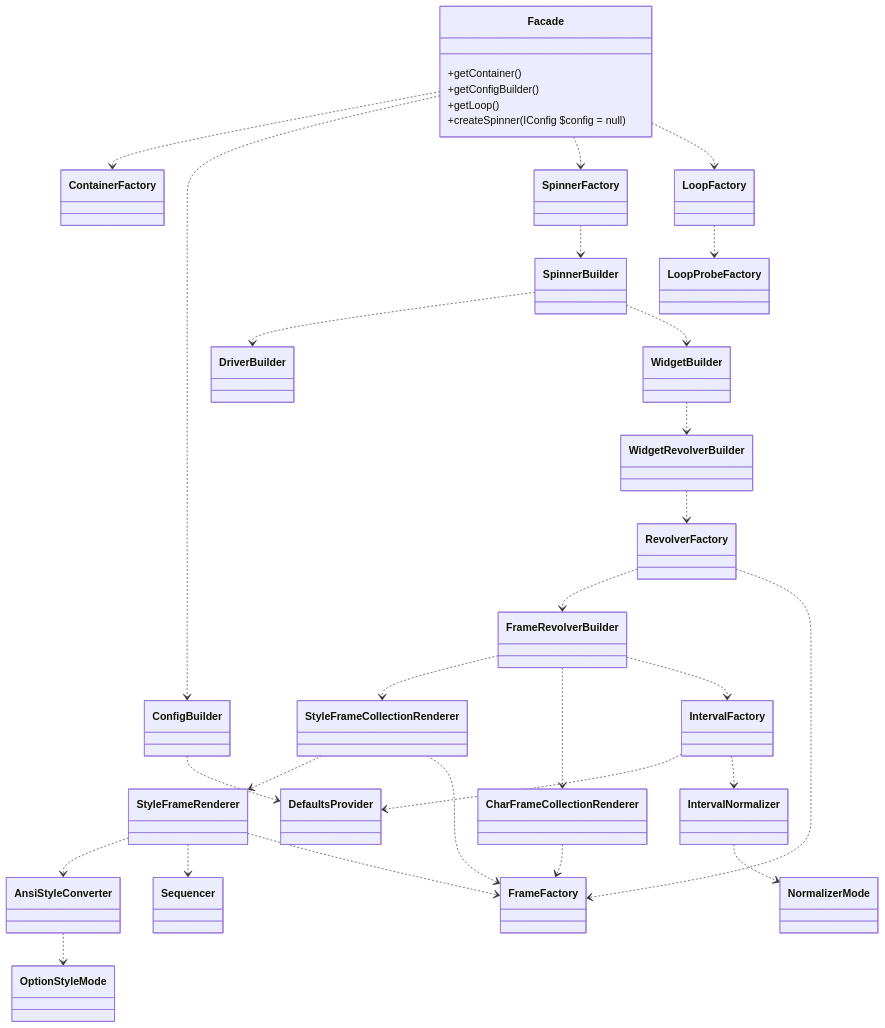
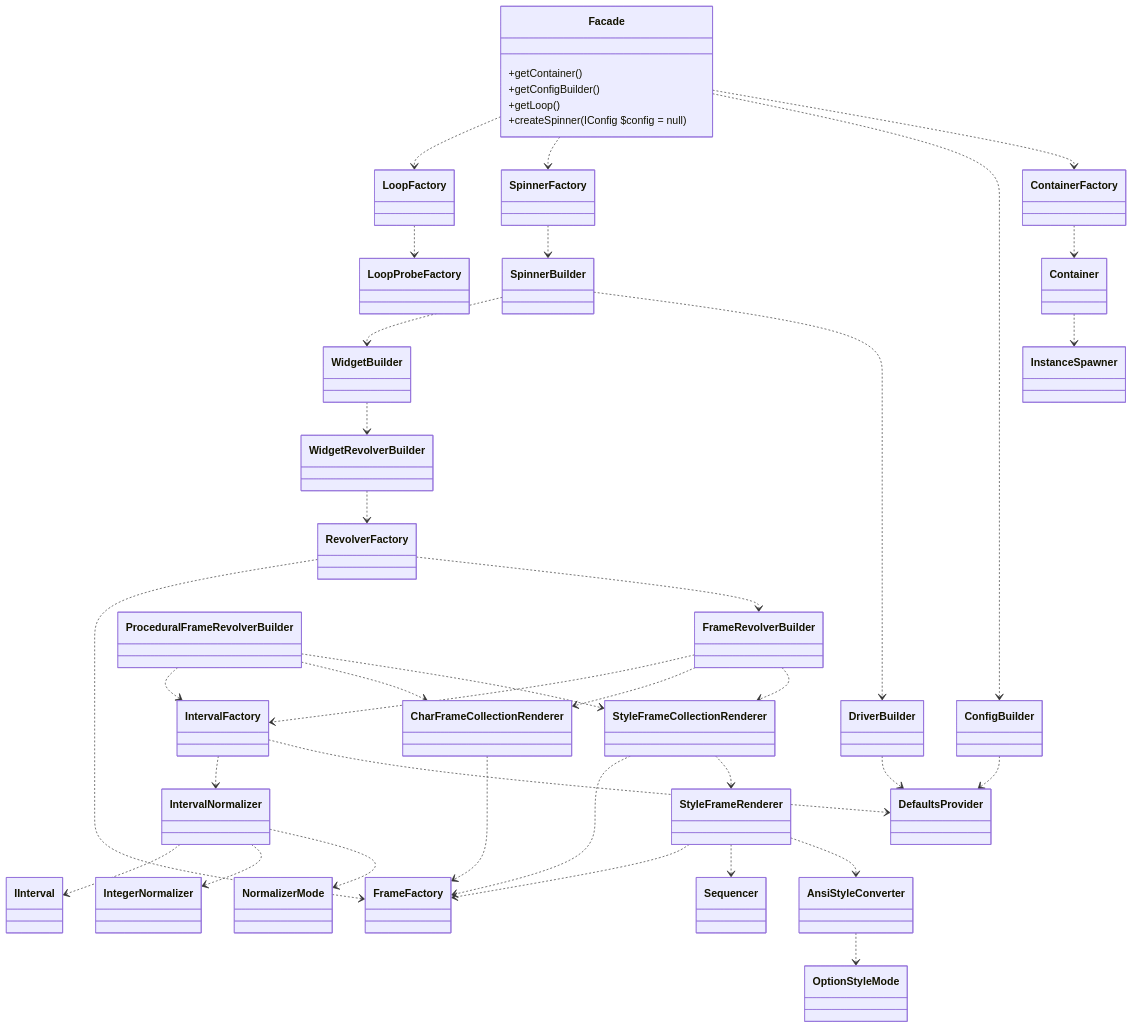
The diagram in doc/info/hierarchy/services.md (alecrabbit/php-console-spinner), drawn with Mermaid before and after one commit. The commit also changed 4 other files, not shown here.

````diff
--- a/doc/info/hierarchy/services.md
+++ b/doc/info/hierarchy/services.md
@@ -3,53 +3,64 @@
 ```mermaid
 classDiagram
     direction TB
     Facade ..> ContainerFactory
     Facade ..> ConfigBuilder
     Facade ..> SpinnerFactory
     Facade ..> LoopFactory
+    
+    ContainerFactory ..> Container
+    Container ..> InstanceSpawner
     
     class Facade {
         +getContainer()
         +getConfigBuilder()
         +getLoop()
         +createSpinner(IConfig $config = null)
     }
     
     SpinnerFactory ..> SpinnerBuilder
 
     ConfigBuilder ..> DefaultsProvider
 
     LoopFactory ..> LoopProbeFactory
     
     SpinnerBuilder ..> DriverBuilder
     SpinnerBuilder ..> WidgetBuilder
     
+    DriverBuilder ..> DefaultsProvider
+    
     WidgetBuilder ..> WidgetRevolverBuilder
     
     WidgetRevolverBuilder ..> RevolverFactory
     
     RevolverFactory ..> FrameRevolverBuilder
     RevolverFactory ..> FrameFactory
     
     FrameRevolverBuilder ..> StyleFrameCollectionRenderer
     FrameRevolverBuilder ..> CharFrameCollectionRenderer
     FrameRevolverBuilder ..> IntervalFactory
     
     IntervalFactory ..> DefaultsProvider
     IntervalFactory ..> IntervalNormalizer
     
     IntervalNormalizer ..> NormalizerMode
+    IntervalNormalizer ..> IntegerNormalizer
+    IntervalNormalizer ..> IInterval
     
     StyleFrameCollectionRenderer ..> StyleFrameRenderer
     StyleFrameCollectionRenderer ..> FrameFactory
     
     CharFrameCollectionRenderer ..> FrameFactory
     
     StyleFrameRenderer ..> AnsiStyleConverter
     StyleFrameRenderer ..> Sequencer
     StyleFrameRenderer ..> FrameFactory
     
     AnsiStyleConverter ..> OptionStyleMode
     
     
+    ProceduralFrameRevolverBuilder ..> StyleFrameCollectionRenderer
+    ProceduralFrameRevolverBuilder ..> CharFrameCollectionRenderer
+    ProceduralFrameRevolverBuilder ..> IntervalFactory
+    
 ```
````
